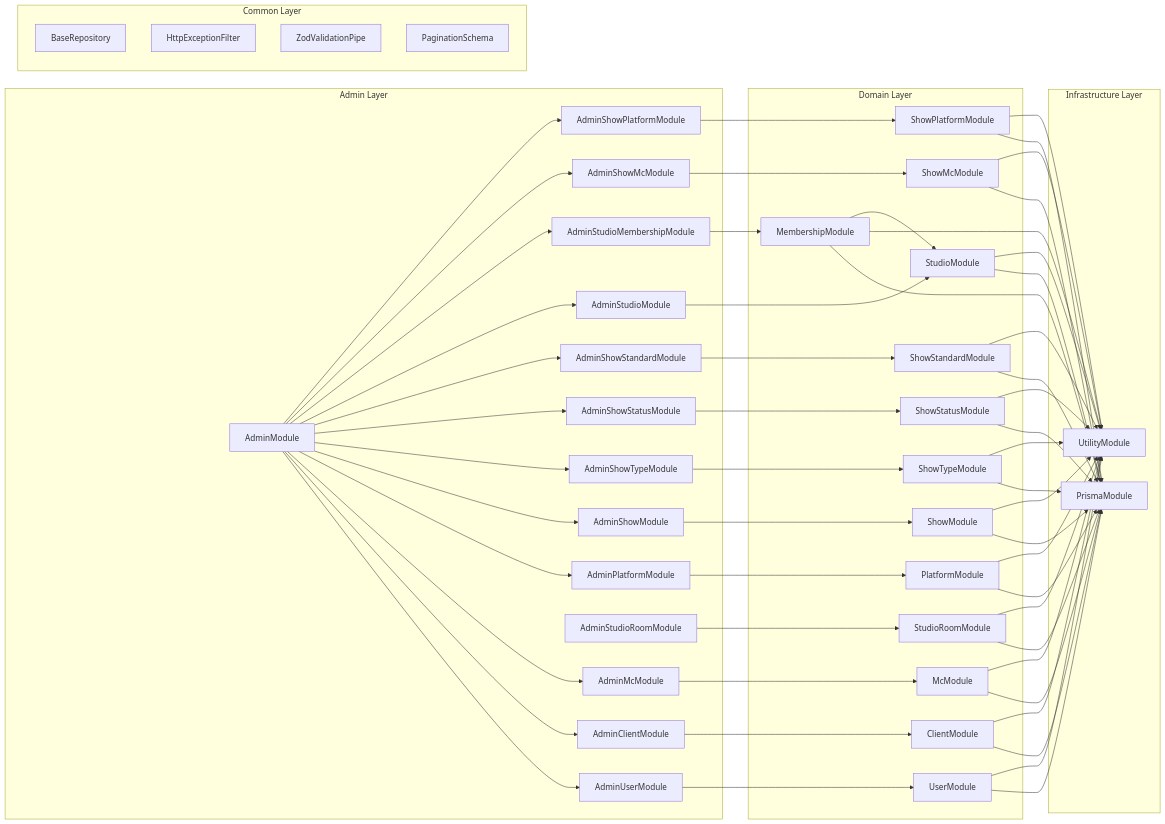
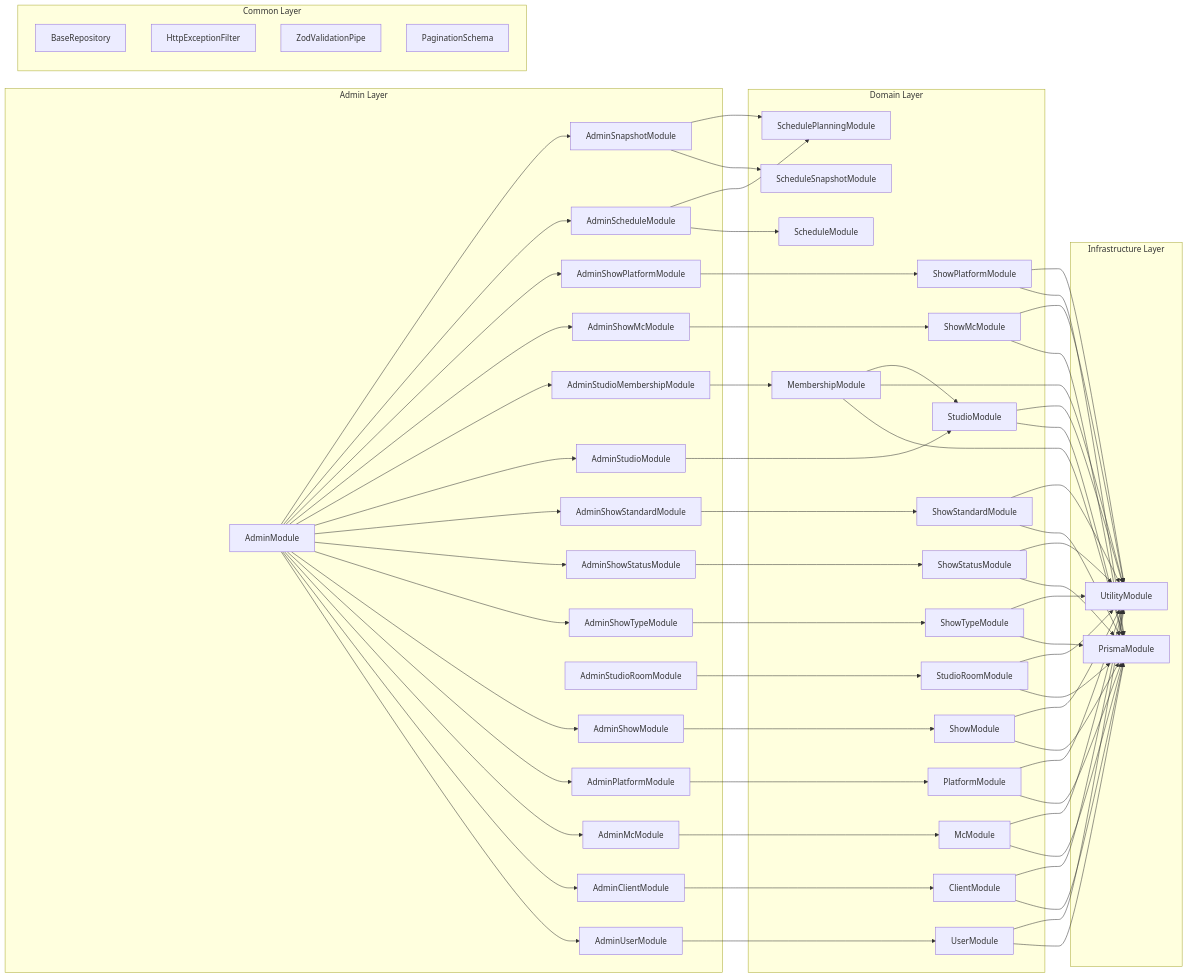
The second of 6 diagrams in apps/erify_api/docs/ARCHITECTURE.md (allenlin90/eridu-services), drawn with Mermaid before and after one commit. The commit also changed other lines of this file and 210 other files, not shown here.

```diff
--- a/apps/erify_api/docs/ARCHITECTURE.md
+++ b/apps/erify_api/docs/ARCHITECTURE.md
@@ -151,6 +164,8 @@
         AdminStudioMembershipModule
         AdminShowMcModule
         AdminShowPlatformModule
+        AdminScheduleModule
+        AdminSnapshotModule
     end
     
     subgraph "Domain Layer"
@@ -167,6 +182,9 @@
         MembershipModule
         ShowMcModule
         ShowPlatformModule
+        ScheduleModule
+        ScheduleSnapshotModule
+        SchedulePlanningModule
     end
     
     subgraph "Infrastructure Layer"
@@ -193,6 +211,8 @@
     AdminModule --> AdminStudioMembershipModule
     AdminModule --> AdminShowMcModule
     AdminModule --> AdminShowPlatformModule
+    AdminModule --> AdminScheduleModule
+    AdminModule --> AdminSnapshotModule
     
     AdminUserModule --> UserModule
     AdminClientModule --> ClientModule
@@ -207,6 +227,10 @@
     AdminStudioMembershipModule --> MembershipModule
     AdminShowMcModule --> ShowMcModule
     AdminShowPlatformModule --> ShowPlatformModule
+    AdminScheduleModule --> ScheduleModule
+    AdminScheduleModule --> SchedulePlanningModule
+    AdminSnapshotModule --> ScheduleSnapshotModule
+    AdminSnapshotModule --> SchedulePlanningModule
     
     UserModule --> PrismaModule
     UserModule --> UtilityModule
```
